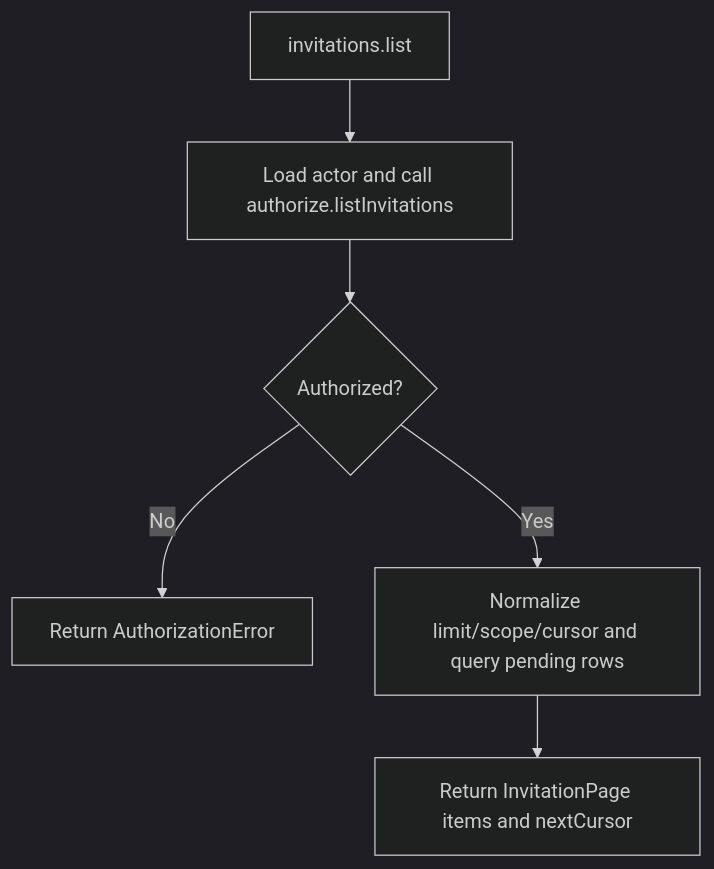
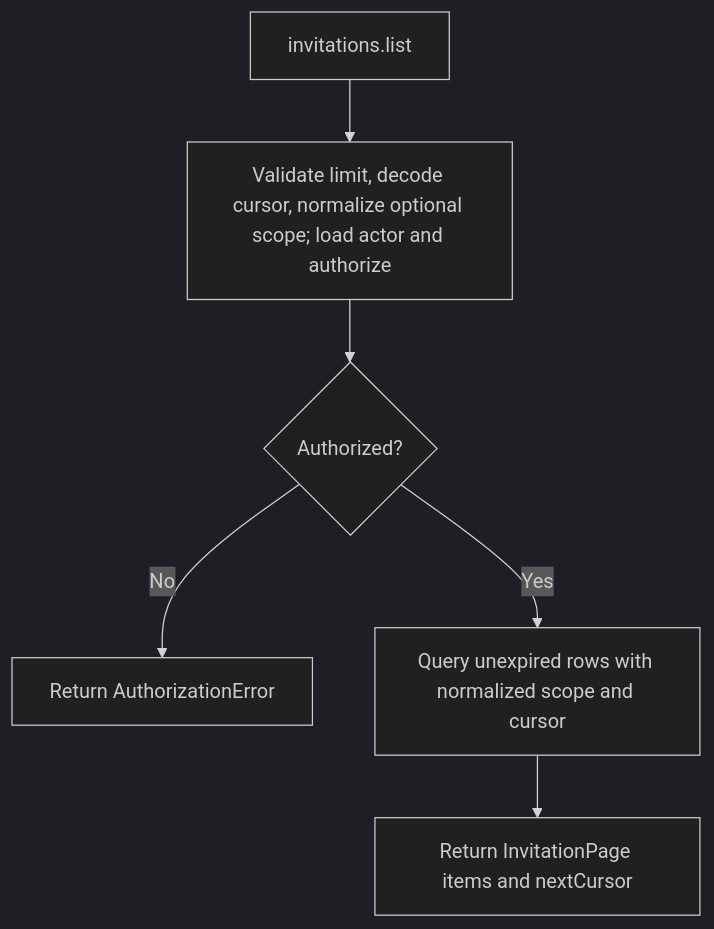
Before and after one commit to Kevinjohn/oss-adonisjs-account-kit: the second of 2 diagrams in user-stories/US-ACCOUNT-10-list-invitations.md, drawn with Mermaid (dark theme). The commit also changed 5 other files, not shown here.

````diff
--- a/user-stories/US-ACCOUNT-10-list-invitations.md
+++ b/user-stories/US-ACCOUNT-10-list-invitations.md
@@ -30,8 +30,8 @@
 ```mermaid
 flowchart TD
- A["invitations.list"] --> B["Load actor and call authorize.listInvitations"]
+ A["invitations.list"] --> B["Validate limit, decode cursor, normalize optional scope; load actor and authorize"]
  B --> C{"Authorized?"}
  C -->|No| D["Return AuthorizationError"]
- C -->|Yes| E["Normalize limit/scope/cursor and query pending rows"]
+ C -->|Yes| E["Query unexpired rows with normalized scope and cursor"]
  E --> F["Return InvitationPage items and nextCursor"]
 ```
````
